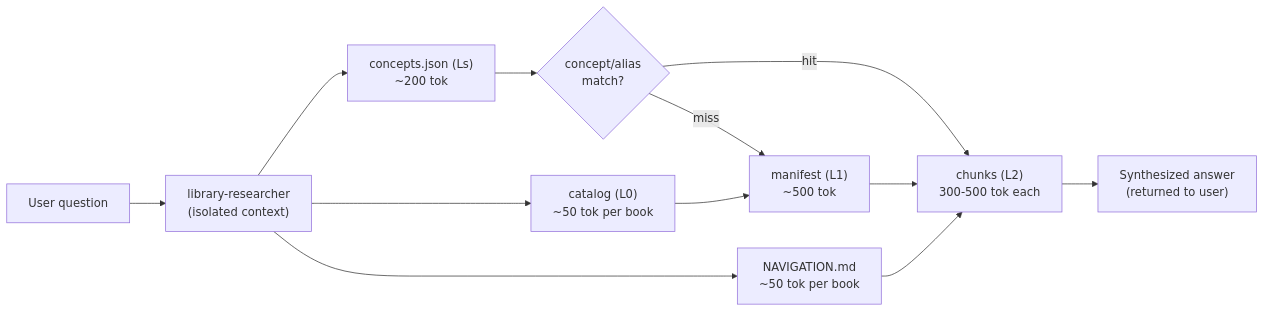
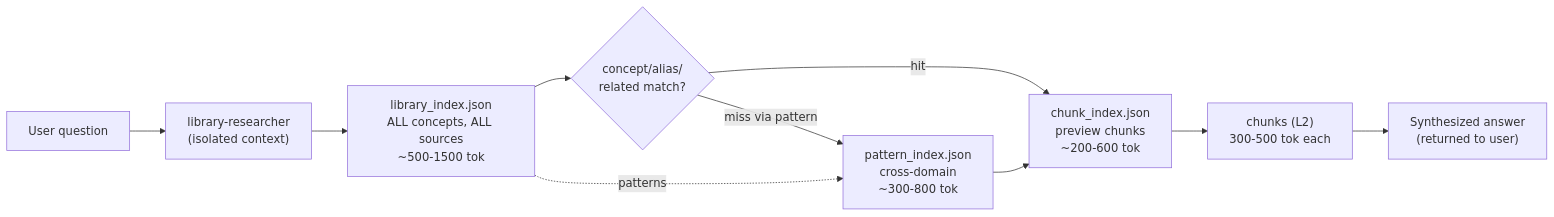
One commit to barkain/agentlib changed the diagram in README.md. Above: the diagram before and after it, drawn with Mermaid. The commit also changed other lines of this file and 3 other files, not shown here.

First line of the commit message:
docs: update README and commands for v1.8.0 navigation architecture

````diff
--- a/README.md
+++ b/README.md
@@ -30,17 +30,15 @@
 ```mermaid
 graph LR
     Q["User question"] --> R["library-researcher<br/>(isolated context)"]
-    R --> NAV["NAVIGATION.md<br/>~50 tok per book"]
-    R --> CS["concepts.json (Ls)<br/>~200 tok"]
-    R --> CAT["catalog (L0)<br/>~50 tok per book"]
+    R --> LI["library_index.json<br/>ALL concepts, ALL sources<br/>~500-1500 tok"]
 
-    CS --> M{"concept/alias<br/>match?"}
-    M -- hit --> CH["chunks (L2)<br/>300-500 tok each"]
-    M -- miss --> MAN["manifest (L1)<br/>~500 tok"]
-    MAN --> CH
+    LI --> M{"concept/alias/<br/>related match?"}
+    M -- hit --> CI["chunk_index.json<br/>preview chunks<br/>~200-600 tok"]
+    M -- miss via pattern --> PI["pattern_index.json<br/>cross-domain<br/>~300-800 tok"]
+    PI --> CI
 
-    NAV --> CH
-    CAT --> MAN
+    CI --> CH["chunks (L2)<br/>300-500 tok each"]
+    CH --> A["Synthesized answer<br/>(returned to user)"]
 
-    CH --> A["Synthesized answer<br/>(returned to user)"]
+    LI -.->|"patterns"| PI
 ```
````
